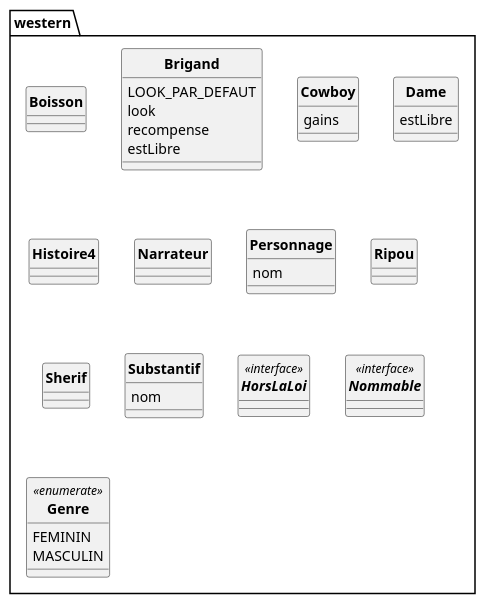
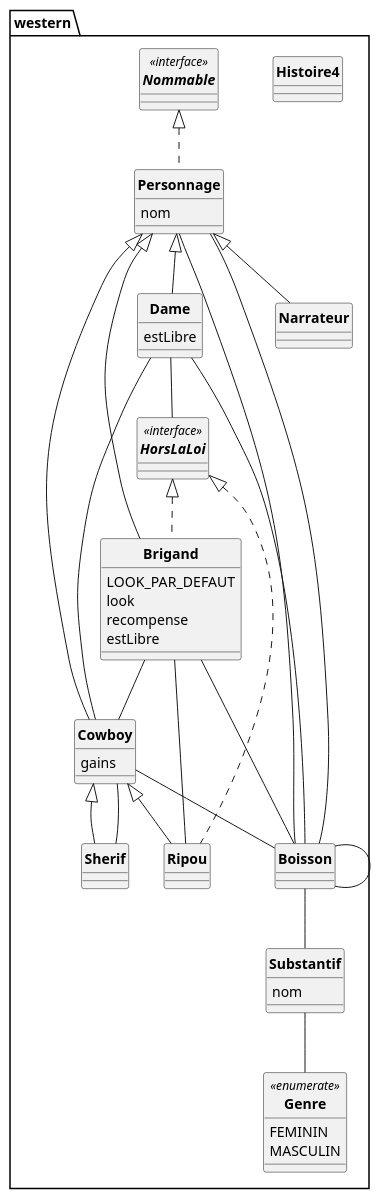
The diagram in uml/western.puml (raphelSct/PUMLFromJavaAPI), drawn with PlantUML before and after one commit. The commit also changed 6 other files, not shown here.

```diff
--- a/uml/western.puml
+++ b/uml/western.puml
@@ -1,56 +1,78 @@
 @startuml
 skinparam style strictuml
 skinparam classFontStyle Bold
 skinparam classAttributeIconSize 0
 package western{
-class Boisson {
+class western.Boisson {
 }
 
-class Brigand {
+class western.Brigand {
 LOOK_PAR_DEFAUT
 look
 recompense
 estLibre
 }
 
-class Cowboy {
+class western.Cowboy {
 gains
 }
 
-class Dame {
+class western.Dame {
 estLibre
 }
 
-class Histoire4 {
+class western.Histoire4 {
 }
 
-class Narrateur {
+class western.Narrateur {
 }
 
-class Personnage {
+class western.Personnage {
 nom
 }
 
-class Ripou {
+class western.Ripou {
 }
 
-class Sherif {
+class western.Sherif {
 }
 
-class Substantif {
+class western.Substantif {
 nom
 }
 
-interface HorsLaLoi <<interface>> {
+interface western.HorsLaLoi <<interface>> {
 }
 
-interface Nommable <<interface>> {
+interface western.Nommable <<interface>> {
 }
 
-enum Genre <<enumerate>> {
+enum western.Genre <<enumerate>> {
 FEMININ
 MASCULIN
 }
 
+western.HorsLaLoi <|.. western.Brigand
+western.Nommable <|.. western.Personnage
+western.HorsLaLoi <|.. western.Ripou
+western.Personnage <|-- western.Brigand
+western.Personnage <|-- western.Cowboy
+western.Personnage <|-- western.Dame
+western.Personnage <|-- western.Narrateur
+western.Cowboy <|-- western.Ripou
+western.Cowboy <|-- western.Sherif
+western.Boisson -- western.Substantif
+western.Boisson -- western.Boisson
+western.Brigand -- western.Cowboy
+western.Brigand -- western.Boisson
+western.Cowboy -- western.Boisson
+western.Dame -- western.Cowboy
+western.Dame -- western.HorsLaLoi
+western.Dame -- western.Boisson
+western.Personnage -- western.Boisson
+western.Personnage -- western.Boisson
+western.Ripou -- western.Brigand
+western.Sherif -- western.Cowboy
+western.Substantif -- western.Genre
 }
 @enduml
```
